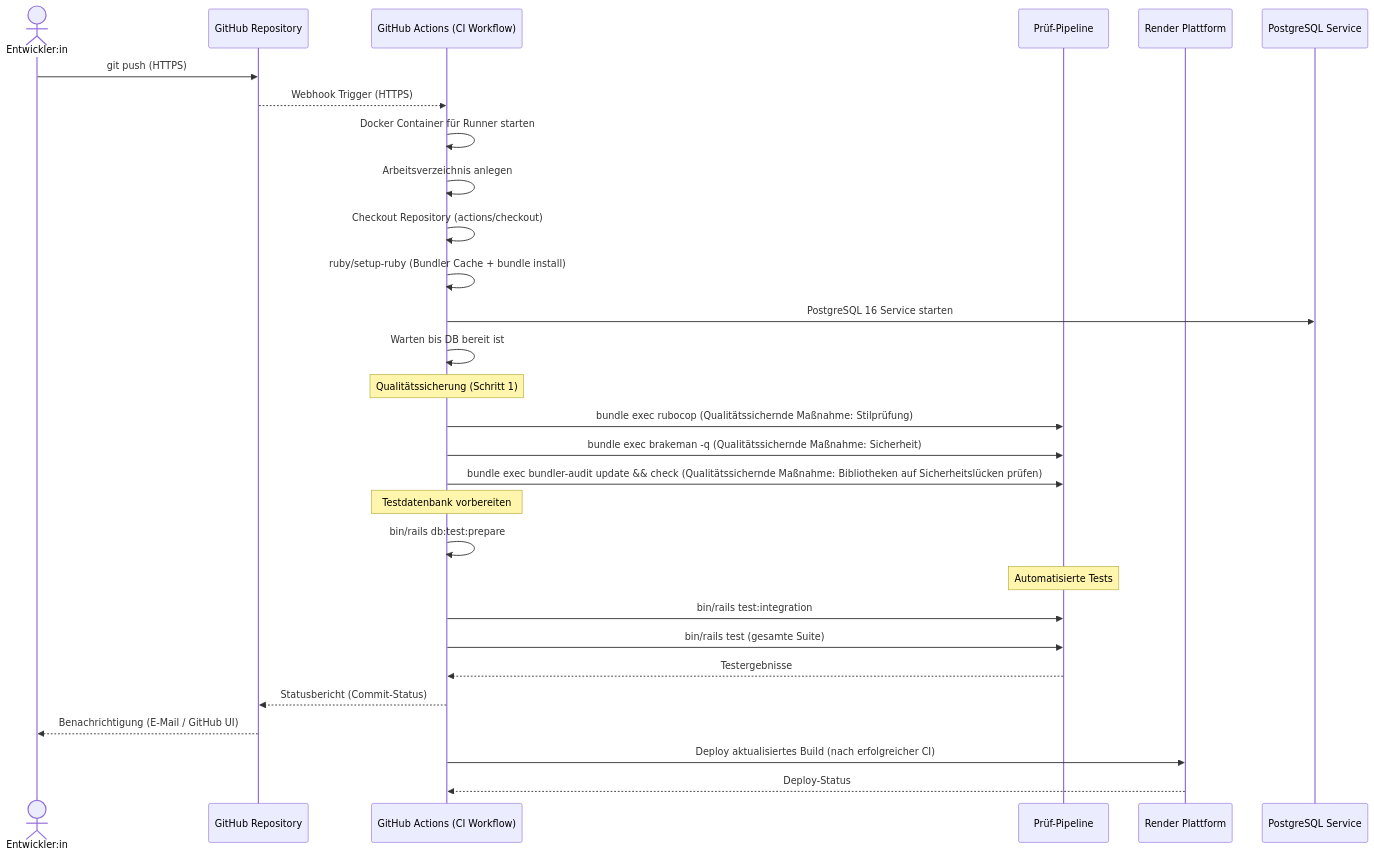
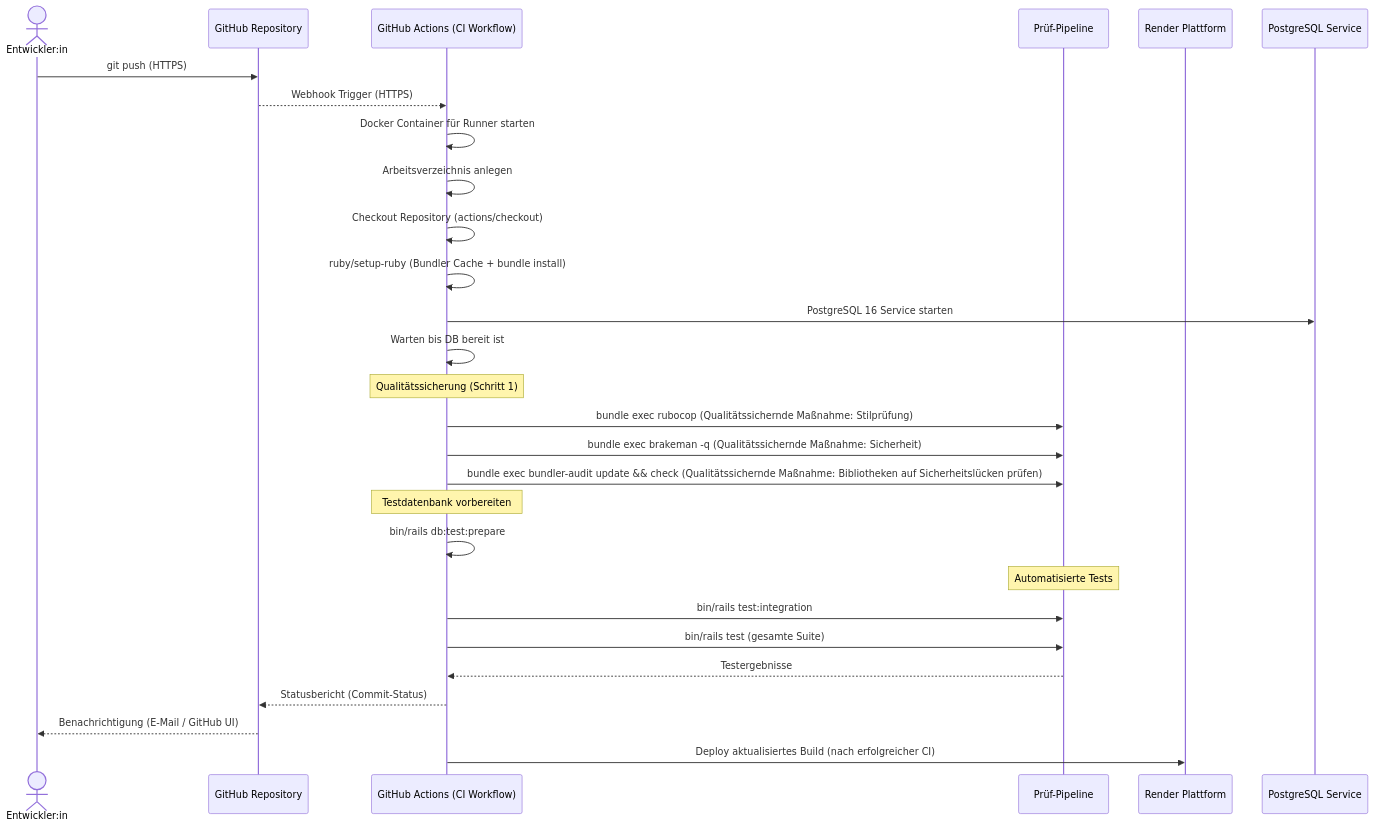
The diagram in docs/pipeline_sequence.md (nerminitech/BrainBuster), drawn with Mermaid before and after one commit. The commit also changed 1 other file, not shown here.

Commit message:
remove: button

````diff
--- a/docs/pipeline_sequence.md
+++ b/docs/pipeline_sequence.md
@@ -3,37 +3,36 @@
 ```mermaid
 sequenceDiagram
     actor Dev as Entwickler:in
     participant Repo as GitHub Repository
     participant CI as GitHub Actions (CI Workflow)
     participant QA as Prüf-Pipeline
     participant Render as Render Plattform
     participant DB as PostgreSQL Service
 
     Dev->>Repo: git push (HTTPS)
     Repo-->>CI: Webhook Trigger (HTTPS)
 
     CI->>CI: Docker Container für Runner starten
     CI->>CI: Arbeitsverzeichnis anlegen
     CI->>CI: Checkout Repository (actions/checkout)
     CI->>CI: ruby/setup-ruby (Bundler Cache + bundle install)
     CI->>DB: PostgreSQL 16 Service starten
     CI->>CI: Warten bis DB bereit ist
 
     Note over CI: Qualitätssicherung (Schritt 1)
     CI->>QA: bundle exec rubocop (Qualitätssichernde Maßnahme: Stilprüfung)
     CI->>QA: bundle exec brakeman -q (Qualitätssichernde Maßnahme: Sicherheit)
     CI->>QA: bundle exec bundler-audit update && check (Qualitätssichernde Maßnahme: Bibliotheken auf Sicherheitslücken prüfen)
 
     Note over CI: Testdatenbank vorbereiten
     CI->>CI:  bin/rails db:test:prepare
 
     Note over QA: Automatisierte Tests
     CI->>QA: bin/rails test:integration
     CI->>QA: bin/rails test (gesamte Suite)
 
     QA-->>CI: Testergebnisse
     CI-->>Repo: Statusbericht (Commit-Status)
     Repo-->>Dev: Benachrichtigung (E-Mail / GitHub UI)
     CI->>Render: Deploy aktualisiertes Build (nach erfolgreicher CI)
-    Render-->>CI: Deploy-Status
 ```
````
